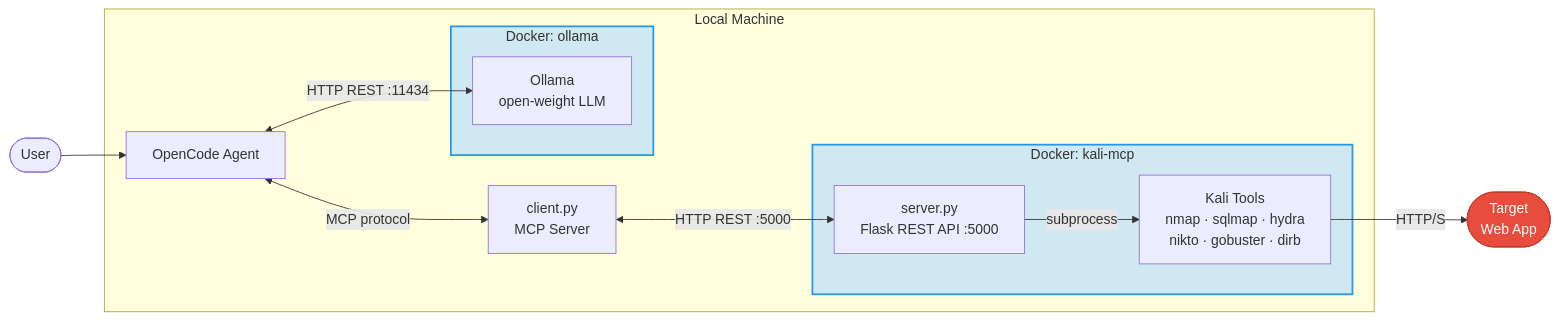
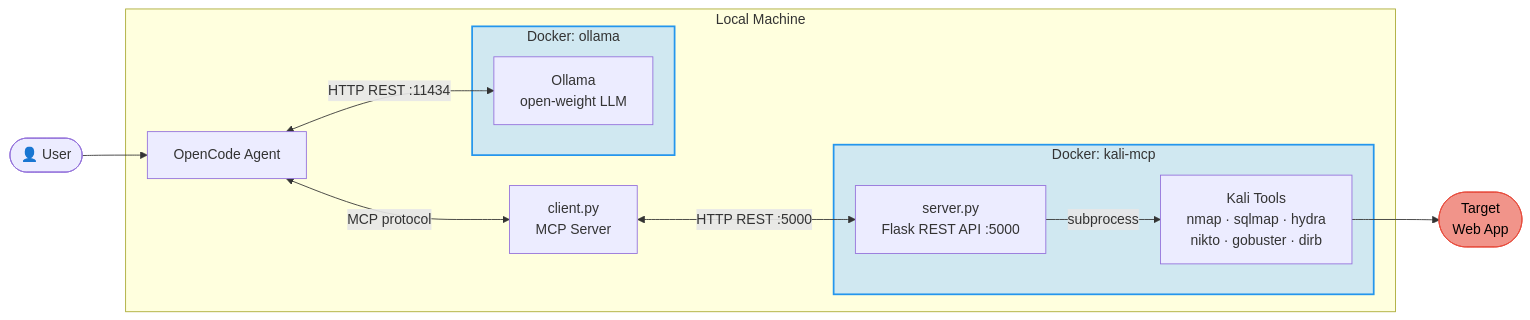
One commit to hiperesfera/Michos changed the diagram in Readme.md. Above: the diagram before and after it, drawn with Mermaid.

Commit message:
Enhance flowchart user icon and target style
Updated user representation in flowchart and modified target styling.

````diff
--- a/Readme.md
+++ b/Readme.md
@@ -21,29 +21,29 @@
 ```mermaid
 flowchart LR
-    User(["User"]) --> Agent
+    User(["👤 User"]) --> Agent
 
     subgraph Local["Local Machine"]
         Agent["OpenCode Agent"]
         MCP["client.py\nMCP Server"]
 
         subgraph OllamaC["Docker: ollama"]
             Ollama["Ollama\nopen-weight LLM"]
         end
 
         subgraph KaliC["Docker: kali-mcp"]
             API["server.py\nFlask REST API :5000"]
             Tools["Kali Tools\nnmap · sqlmap · hydra\nnikto · gobuster · dirb"]
         end
 
         Agent <-->|"HTTP REST :11434"| Ollama
         Agent <-->|"MCP protocol"| MCP
         MCP <-->|"HTTP REST :5000"| API
         API -->|"subprocess"| Tools
     end
 
-    Tools -->|"HTTP/S"| Target(["Target\nWeb App"])
+    Tools --> Target(["Target\nWeb App"])
 
     style OllamaC fill:#d0e8f1,stroke:#2496ed,stroke-width:2px
     style KaliC fill:#d0e8f1,stroke:#2496ed,stroke-width:2px
-    style Target fill:#e74c3c,stroke:#c0392b,color:#fff
+    style Target fill:#f1948a,stroke:#e74c3c,color:#000
 ```
````
